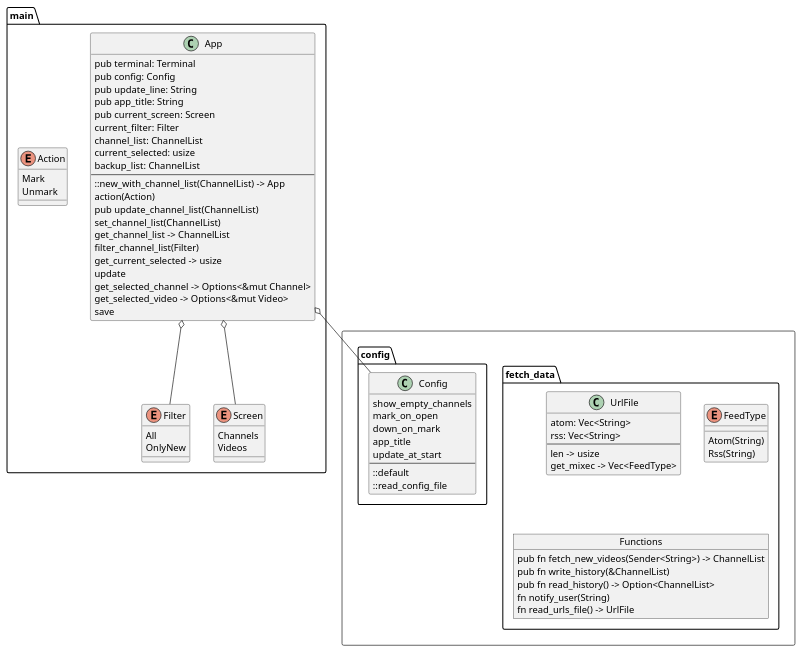
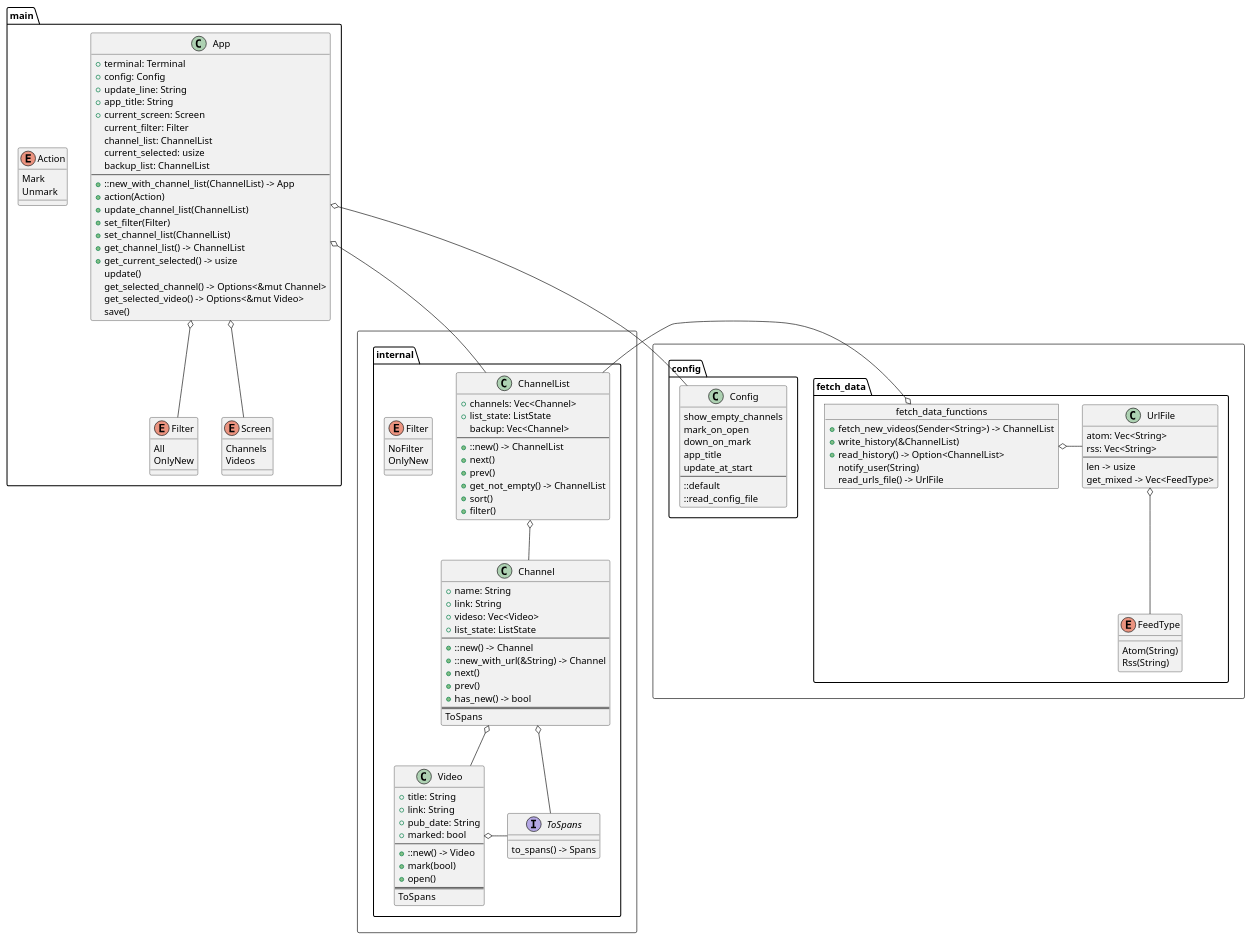
The diagram in uml_diagram/main.puml (jooooscha/terminal-yt), drawn with PlantUML before and after one commit. The commit also changed 4 other files, not shown here.

```diff
--- a/uml_diagram/main.puml
+++ b/uml_diagram/main.puml
@@ -1,88 +1,147 @@
 @startuml
 
 package main {
 	class App {
-		pub terminal: Terminal
-		pub config: Config
-		pub update_line: String
-		pub app_title: String
-		pub current_screen: Screen
+		+ terminal: Terminal
+		+ config: Config
+		+ update_line: String
+		+ app_title: String
+		+ current_screen: Screen
 		current_filter: Filter
 		channel_list: ChannelList
 		current_selected: usize
 		backup_list: ChannelList
 		---
-		::new_with_channel_list(ChannelList) -> App
-		action(Action)
-		pub update_channel_list(ChannelList)
-		set_channel_list(ChannelList)
-		get_channel_list -> ChannelList
-		filter_channel_list(Filter)
-		get_current_selected -> usize
-		update
-		get_selected_channel -> Options<&mut Channel>
-		get_selected_video -> Options<&mut Video>
-		save
+		+ ::new_with_channel_list(ChannelList) -> App
+		+ action(Action)
+		+ update_channel_list(ChannelList)
+		+ set_filter(Filter)
+		+ set_channel_list(ChannelList)
+		+ get_channel_list() -> ChannelList
+		+ get_current_selected() -> usize
+		update()
+		get_selected_channel() -> Options<&mut Channel>
+		get_selected_video() -> Options<&mut Video>
+		save()
 	}
 
 	enum Action {
 		Mark
 		Unmark
 	}
 
 	enum Filter {
 		All
 		OnlyNew
 	}
 	enum Screen {
 		Channels
 		Videos
 	}
 
 	App o-- Screen
 	App o-- Filter
 
 }
+rectangle {
+	package internal {
+		enum Filter {
+			NoFilter
+			OnlyNew
+		}
+		interface ToSpans {
+			to_spans() -> Spans
+		}
+		class ChannelList {
+			+ channels: Vec<Channel>
+			+ list_state: ListState
+			backup: Vec<Channel>
+			---
+			+ ::new() -> ChannelList
+			+ next()
+			+ prev()
+			+ get_not_empty() -> ChannelList
+			+ sort()
+			+ filter()
+		}
+		class Channel {
+			+ name: String
+			+ link: String
+			+ videso: Vec<Video>
+			+ list_state: ListState
+			---
+			+ ::new() -> Channel
+			+ ::new_with_url(&String) -> Channel
+			+ next()
+			+ prev()
+			+ has_new() -> bool
+			===
+			ToSpans
+		}
+		class Video {
+			+ title: String
+			+ link: String
+			+ pub_date: String
+			+ marked: bool
+			---
+			+ ::new() -> Video
+			+ mark(bool)
+			+ open()
+			===
+			ToSpans
+		}
+	}
+
+	ChannelList o-- Channel
+	Channel o-- Video
+	Channel o- ToSpans
+	Video o- ToSpans
+}
 
 rectangle {
 	package fetch_data {
 		class UrlFile {
 			atom: Vec<String>
 			rss: Vec<String>
 			---
 			len -> usize
-			get_mixec -> Vec<FeedType>
+			get_mixed -> Vec<FeedType>
 		}
 
 		enum FeedType {
 			Atom(String)
 			Rss(String)
 		}
 
-		object Functions {
-			pub fn fetch_new_videos(Sender<String>) -> ChannelList
-			pub fn write_history(&ChannelList)
-			pub fn read_history() -> Option<ChannelList>
-			fn notify_user(String)
-			fn read_urls_file() -> UrlFile
+		object fetch_data_functions {
+			+ fetch_new_videos(Sender<String>) -> ChannelList
+			+ write_history(&ChannelList)
+			+ read_history() -> Option<ChannelList>
+			notify_user(String)
+			read_urls_file() -> UrlFile
 			
 		}
 	}
+
+	UrlFile o-- FeedType
+	fetch_data_functions o- UrlFile
 
 	package config {
 		class Config {
 			show_empty_channels
 			mark_on_open
 			down_on_mark
 			app_title
 			update_at_start
 			---
 			::default
 			::read_config_file
 		}
 	}
 }
 
 App o-- Config
+App o- ChannelList
+fetch_data_functions o- ChannelList
 
 @enduml
```
